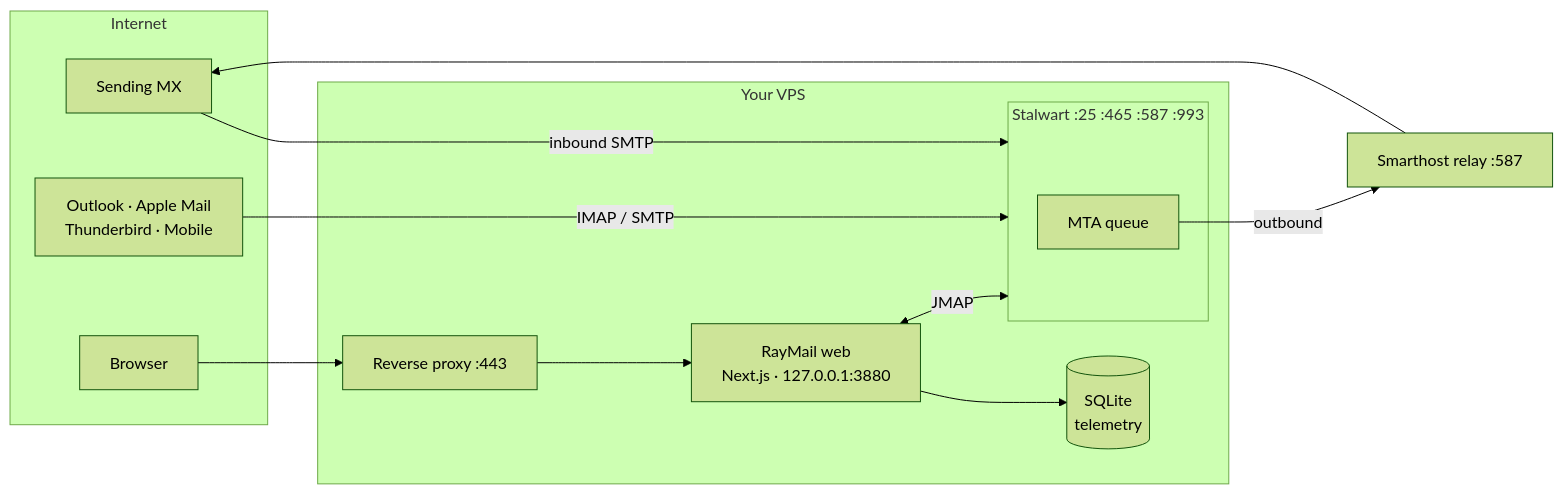
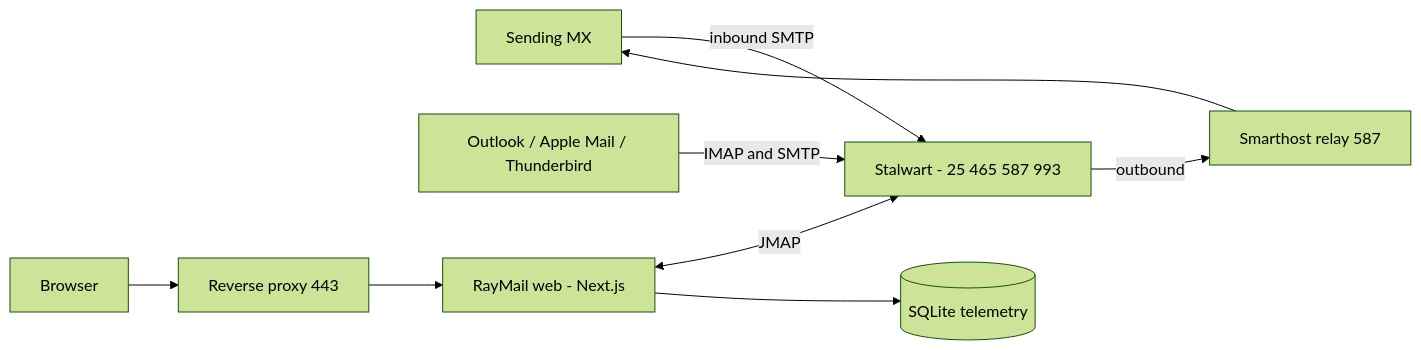
Before and after one commit to DeveloperSarim/raymail: the first of 2 diagrams in README.md, drawn with Mermaid (forest theme). The commit also changed other lines of this file, not shown here.

Commit message:
Fix README rendering: flatten mermaid diagrams, drop broken star-history card
GitHub's pinned mermaid renderer failed on both diagrams (nested subgraphs and
links to a subgraph id in the flowchart; stateDiagram-v2 outright). Both are
now flat flowcharts, which every mermaid version renders.

The star-history embed was returning its own error card rather than a chart.

````diff
--- a/README.md
+++ b/README.md
@@ -180,26 +180,20 @@
 ```mermaid
 flowchart LR
-    subgraph Internet
-        MX["Sending MX"]
-        C["Outlook · Apple Mail<br/>Thunderbird · Mobile"]
-        B["Browser"]
-    end
-
-    subgraph Host["Your VPS"]
-        subgraph SW["Stalwart :25 :465 :587 :993"]
-            Q["MTA queue"]
-        end
-        W["RayMail web<br/>Next.js · 127.0.0.1:3880"]
-        DB[("SQLite<br/>telemetry")]
-        P["Reverse proxy :443"]
-    end
-
-    R["Smarthost relay :587"]
+    MX[Sending MX]
+    C[Outlook / Apple Mail / Thunderbird]
+    B[Browser]
+    P[Reverse proxy 443]
+    W[RayMail web - Next.js]
+    SW[Stalwart - 25 465 587 993]
+    DB[(SQLite telemetry)]
+    R[Smarthost relay 587]
 
     MX -->|inbound SMTP| SW
-    C -->|IMAP / SMTP| SW
-    B --> P --> W
+    C -->|IMAP and SMTP| SW
+    B --> P
+    P --> W
     W <-->|JMAP| SW
     W --> DB
-    Q -->|outbound| R --> MX
+    SW -->|outbound| R
+    R --> MX
 ```
````
